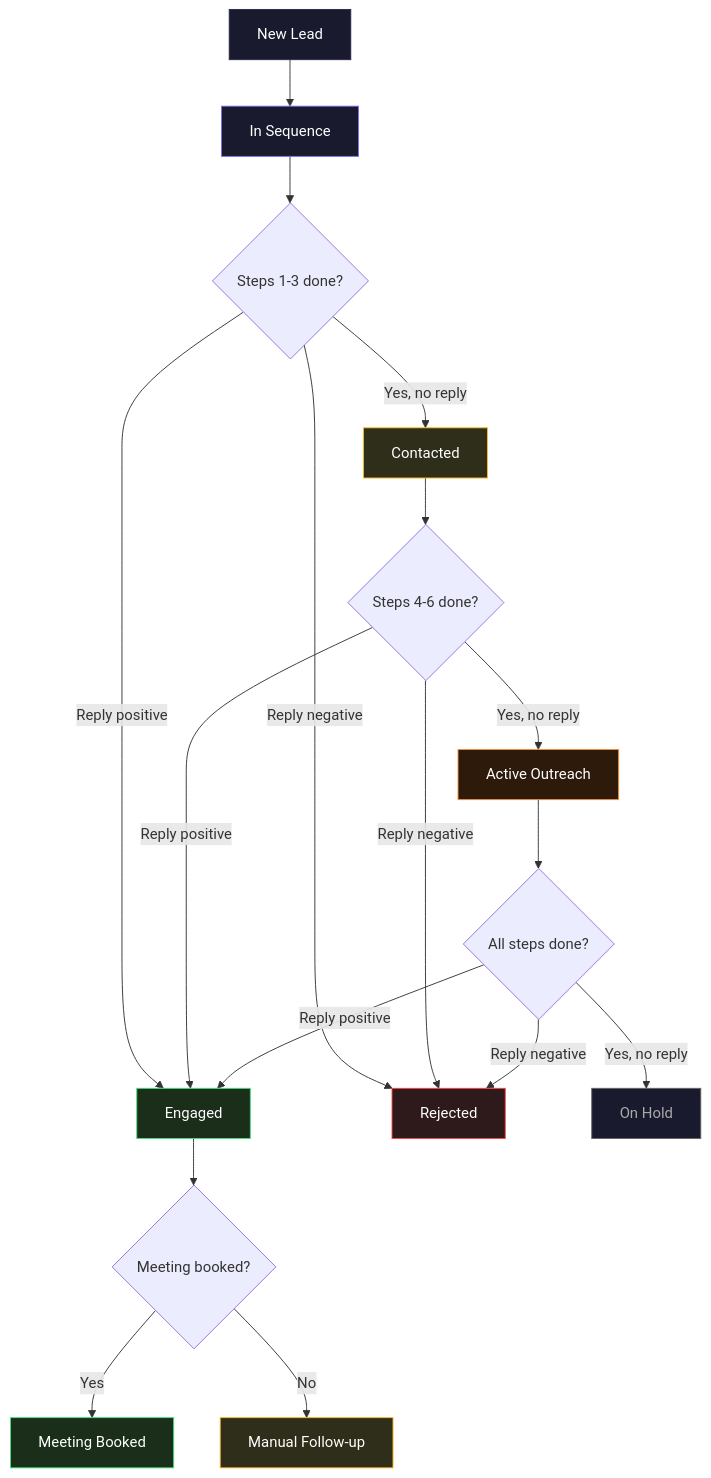
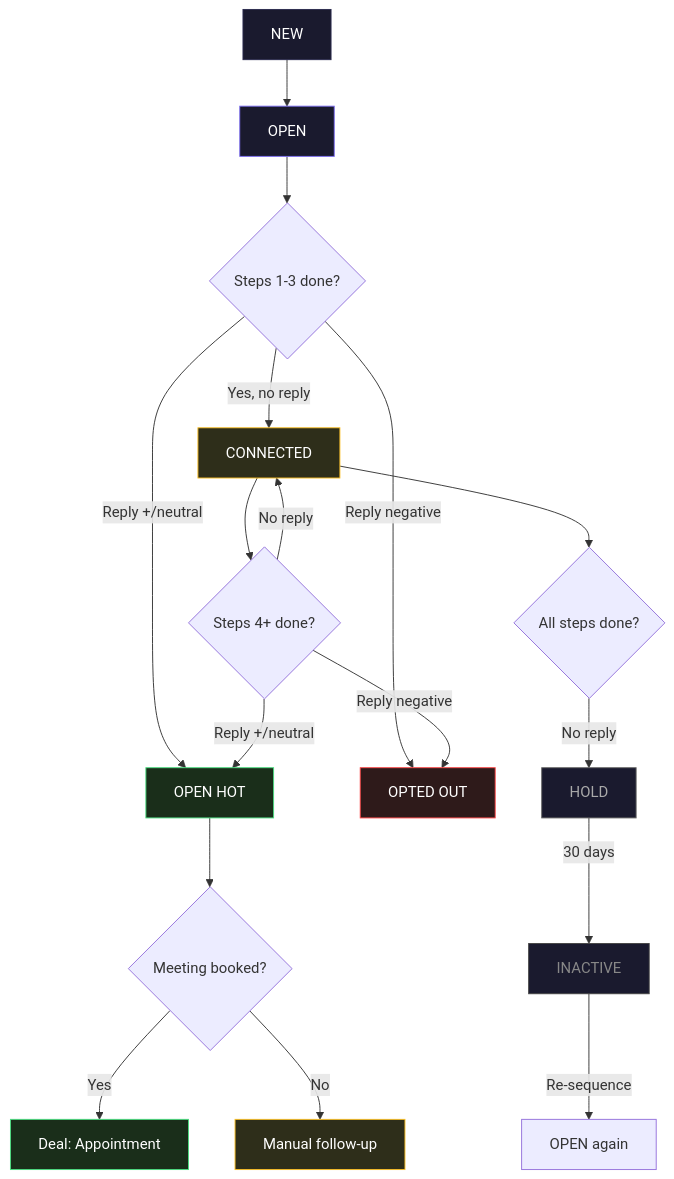
One commit to Artemponomarev/ai-agent-guides changed the eighth of 12 diagrams in Kernelics email outreaching automation/architecture.md. Above: the diagram before and after it, drawn with Mermaid. The commit also changed other lines of this file, not shown here.

First line of the commit message:
Align architecture with actual HubSpot/Apollo setup

````diff
--- a/Kernelics email outreaching automation/architecture.md
+++ b/Kernelics email outreaching automation/architecture.md
@@ -144,29 +176,29 @@
 ```mermaid
 flowchart TD
-    NEW[New Lead] --> SEQ[In Sequence]
+    NEW[NEW] --> SEQ[OPEN]
     SEQ --> P1{Steps 1-3 done?}
-    P1 -->|Yes, no reply| WARM[Contacted]
-    P1 -->|Reply positive| ENG[Engaged]
-    P1 -->|Reply negative| REJ[Rejected]
-    WARM --> P2{Steps 4-6 done?}
-    P2 -->|Yes, no reply| ACTIVE[Active Outreach]
-    P2 -->|Reply positive| ENG
-    P2 -->|Reply negative| REJ
-    ACTIVE --> P3{All steps done?}
-    P3 -->|Yes, no reply| HOLD[On Hold]
-    P3 -->|Reply positive| ENG
-    P3 -->|Reply negative| REJ
-    ENG --> MTG{Meeting booked?}
-    MTG -->|Yes| BOOKED[Meeting Booked]
-    MTG -->|No| FOLLOW[Manual Follow-up]
+    P1 -->|Yes, no reply| CONN[CONNECTED]
+    P1 -->|Reply +/neutral| HOT[OPEN HOT]
+    P1 -->|Reply negative| OUT[OPTED OUT]
+    CONN --> P2{Steps 4+ done?}
+    P2 -->|No reply| CONN
+    P2 -->|Reply +/neutral| HOT
+    P2 -->|Reply negative| OUT
+    CONN --> P3{All steps done?}
+    P3 -->|No reply| HOLD[HOLD]
+    HOT --> MTG{Meeting booked?}
+    MTG -->|Yes| DEAL[Deal: Appointment]
+    MTG -->|No| FOLLOW[Manual follow-up]
+    HOLD -->|30 days| INACT[INACTIVE]
+    INACT -->|Re-sequence| OPEN2[OPEN again]
 
     style NEW fill:#1a1a2e,stroke:#2a2a4e,color:#fff
     style SEQ fill:#1a1a2e,stroke:#7c6ef0,color:#fff
-    style WARM fill:#2e2e1a,stroke:#fbbf24,color:#fff
-    style ACTIVE fill:#2e1a0a,stroke:#fb923c,color:#fff
+    style CONN fill:#2e2e1a,stroke:#fbbf24,color:#fff
+    style HOT fill:#1a2e1a,stroke:#4ade80,color:#fff
+    style OUT fill:#2e1a1a,stroke:#ff4545,color:#fff
     style HOLD fill:#1a1a2e,stroke:#666,color:#aaa
-    style ENG fill:#1a2e1a,stroke:#4ade80,color:#fff
-    style REJ fill:#2e1a1a,stroke:#ff4545,color:#fff
-    style BOOKED fill:#1a2e1a,stroke:#4ade80,color:#fff
+    style INACT fill:#1a1a2e,stroke:#444,color:#888
+    style DEAL fill:#1a2e1a,stroke:#4ade80,color:#fff
     style FOLLOW fill:#2e2e1a,stroke:#fbbf24,color:#fff
 ```
````
